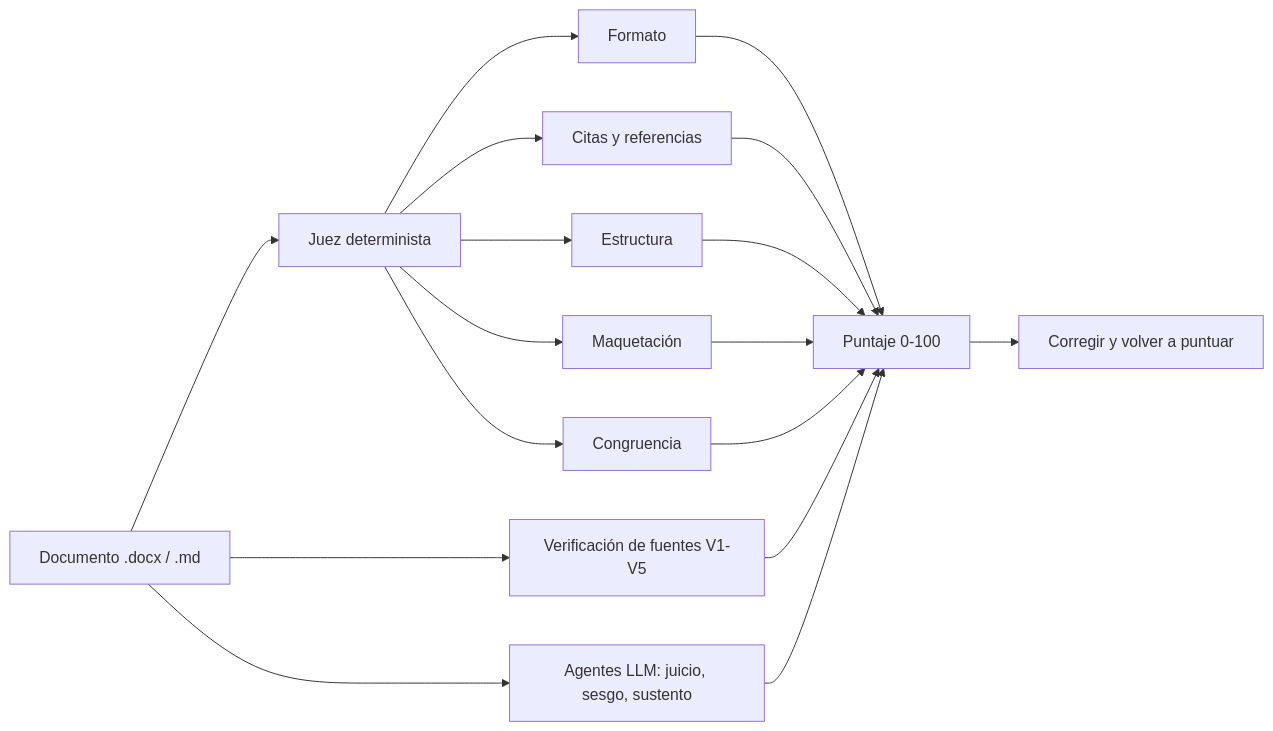
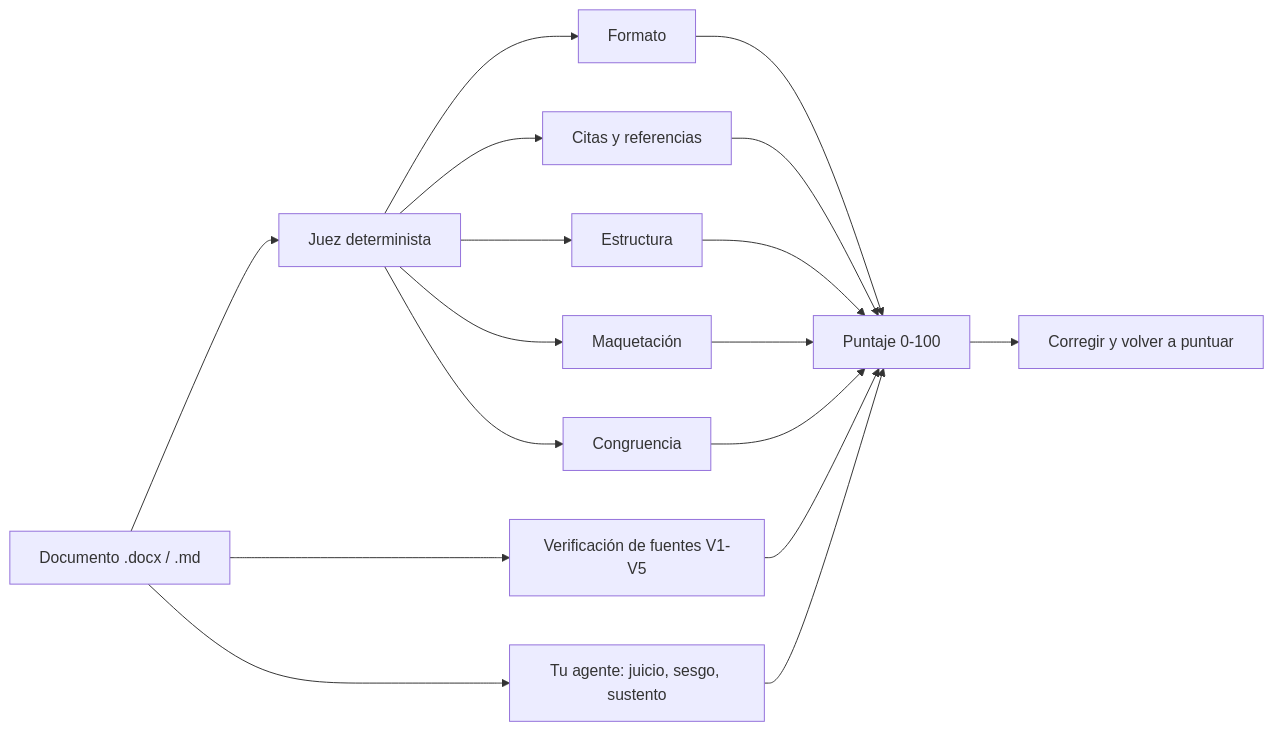
One commit to Xavier82h8/editorial-academica changed the diagram in README.md. Above: the diagram before and after it, drawn with Mermaid. The commit also changed other lines of this file and 34 other files, not shown here.

````diff
--- a/README.md
+++ b/README.md
@@ -62,11 +113,11 @@
 ```mermaid
 flowchart LR
     D[Documento .docx / .md] --> J[Juez determinista]
     J --> F[Formato] & C[Citas y referencias] & E[Estructura] & M[Maquetación] & G[Congruencia]
     D --> V[Verificación de fuentes V1-V5]
-    D --> A[Agentes LLM: juicio, sesgo, sustento]
+    D --> A[Tu agente: juicio, sesgo, sustento]
     F & C & E & M & G --> P[Puntaje 0-100]
     V --> P
     A --> P
     P --> K[Corregir y volver a puntuar]
 ```
````
